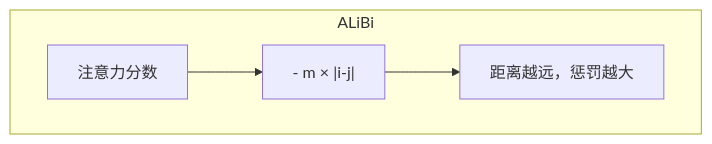
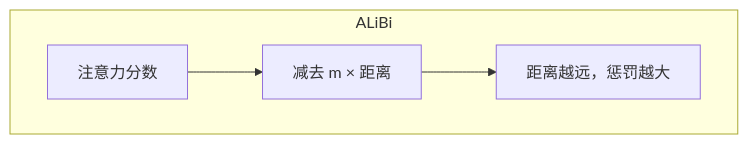
The seventh of 15 diagrams in learning/website/docs/basics/04-positional-encoding.md (Xunzhuo/mini-sglang), drawn with Mermaid before and after one commit. The commit also changed other lines of this file and 9 other files, not shown here.

````diff
--- a/learning/website/docs/basics/04-positional-encoding.md
+++ b/learning/website/docs/basics/04-positional-encoding.md
@@ -190,7 +150,7 @@
 ```mermaid
 graph TB
     subgraph ALiBi
-        A["注意力分数"] --> S["- m × |i-j|"]
+        A["注意力分数"] --> S["减去 m × 距离"]
         S --> R["距离越远，惩罚越大"]
     end
 ```
````
